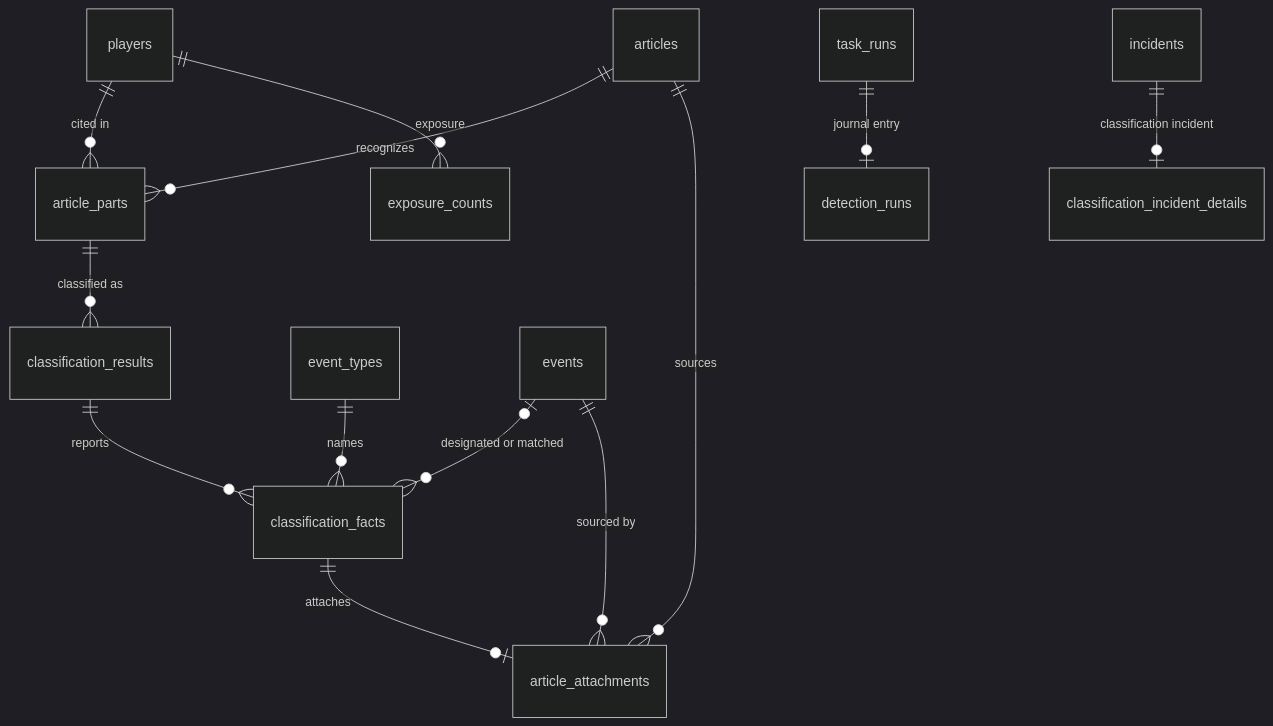
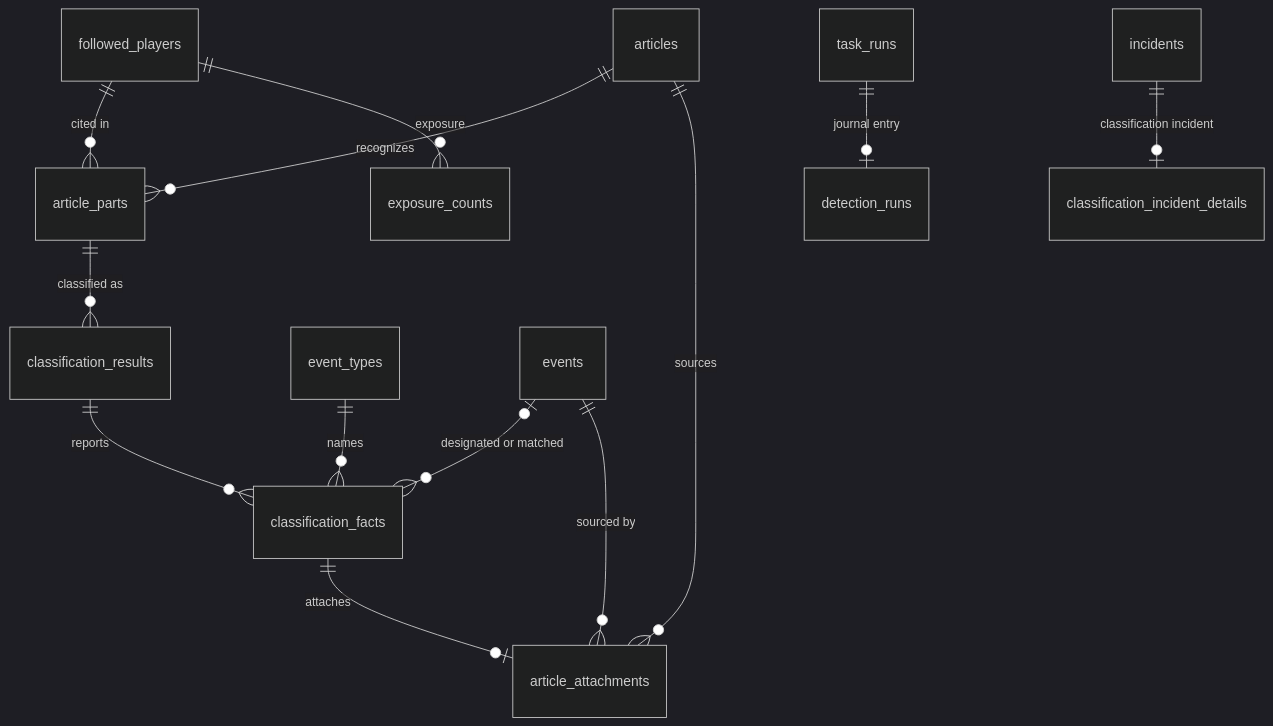
The diagram in docs/engineering/domain-model/detection.md (youtix/egoscope), drawn with Mermaid (dark theme) before and after one commit. The commit also changed other lines of this file and 4 other files, not shown here.

````diff
--- a/docs/engineering/domain-model/detection.md
+++ b/docs/engineering/domain-model/detection.md
@@ -458,15 +460,15 @@
 ```mermaid
 erDiagram
   articles ||--o{ article_parts : "recognizes"
-  players ||--o{ article_parts : "cited in"
+  followed_players ||--o{ article_parts : "cited in"
   article_parts ||--o{ classification_results : "classified as"
   classification_results ||--o{ classification_facts : "reports"
   event_types ||--o{ classification_facts : "names"
   events |o--o{ classification_facts : "designated or matched"
   classification_facts ||--o| article_attachments : "attaches"
   articles ||--o{ article_attachments : "sources"
   events ||--o{ article_attachments : "sourced by"
-  players ||--o{ exposure_counts : "exposure"
+  followed_players ||--o{ exposure_counts : "exposure"
   task_runs ||--o| detection_runs : "journal entry"
   incidents ||--o| classification_incident_details : "classification incident"
 ```
````
